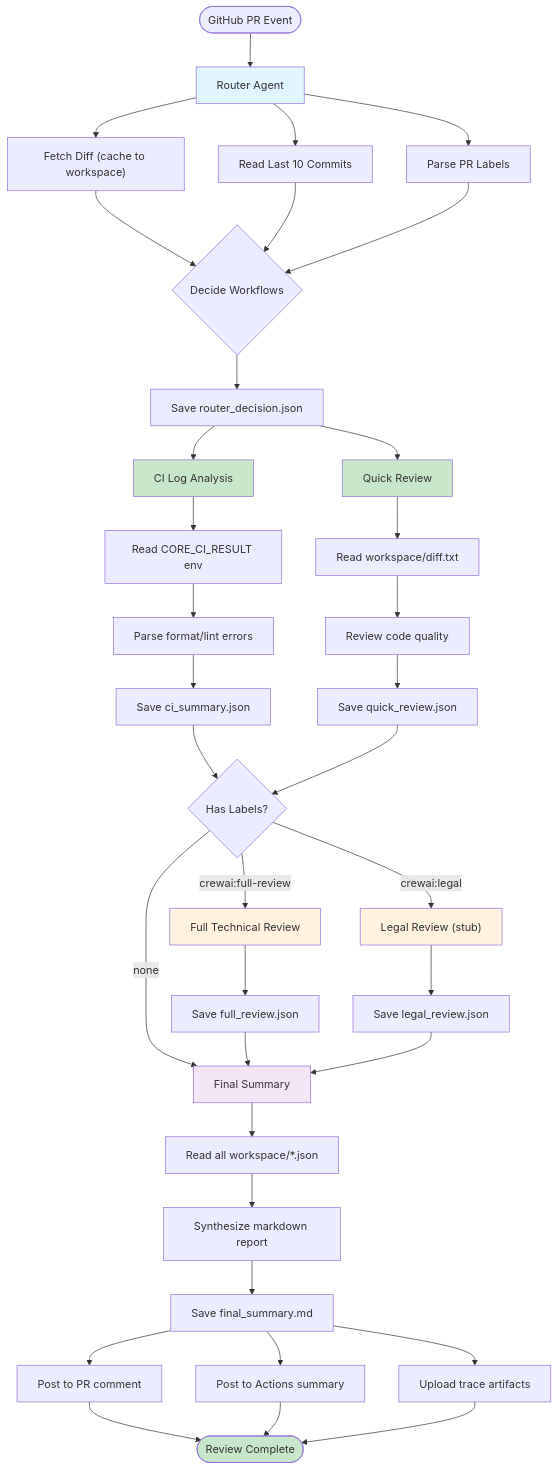
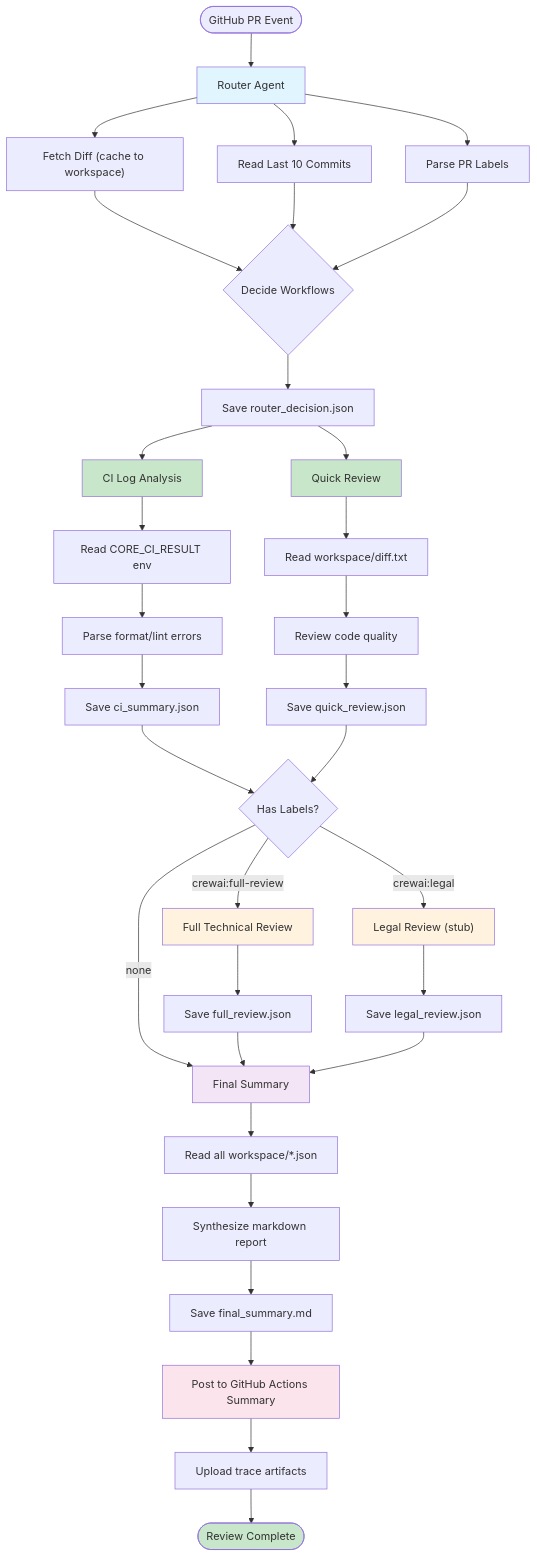
Before and after one commit to borealBytes/startup-blueprint: the second of 3 diagrams in .crewai/README_ROUTER.md, drawn with Mermaid. The commit also changed other lines of this file, not shown here.

First line of the commit message:
docs(crewai): update diagrams to show GitHub Actions summary only

````diff
--- a/.crewai/README_ROUTER.md
+++ b/.crewai/README_ROUTER.md
@@ -61,58 +62,55 @@
 ```mermaid
 flowchart TD
     Start(["GitHub PR Event"]) --> Router["Router Agent"]
-
+    
     Router --> FetchDiff["Fetch Diff (cache to workspace)"]
     Router --> ReadCommits["Read Last 10 Commits"]
     Router --> ParseLabels["Parse PR Labels"]
-
+    
     FetchDiff --> Decision{"Decide Workflows"}
     ReadCommits --> Decision
     ParseLabels --> Decision
-
+    
     Decision --> SaveDecision["Save router_decision.json"]
-
+    
     SaveDecision --> CI["CI Log Analysis"]
     SaveDecision --> Quick["Quick Review"]
-
+    
     CI --> ReadCI["Read CORE_CI_RESULT env"]
     ReadCI --> ParseErrors["Parse format/lint errors"]
     ParseErrors --> SaveCI["Save ci_summary.json"]
-
+    
     Quick --> ReadDiff["Read workspace/diff.txt"]
     ReadDiff --> ReviewCode["Review code quality"]
     ReviewCode --> SaveQuick["Save quick_review.json"]
-
+    
     SaveCI --> CheckLabels{"Has Labels?"}
     SaveQuick --> CheckLabels
-
+    
     CheckLabels -->|"crewai:full-review"| Full["Full Technical Review"]
     CheckLabels -->|"crewai:legal"| Legal["Legal Review (stub)"]
     CheckLabels -->|"none"| Summary
-
+    
     Full --> SaveFull["Save full_review.json"]
     Legal --> SaveLegal["Save legal_review.json"]
-
+    
     SaveFull --> Summary["Final Summary"]
     SaveLegal --> Summary
-
+    
     Summary --> ReadAll["Read all workspace/*.json"]
     ReadAll --> Synthesize["Synthesize markdown report"]
     Synthesize --> SaveMD["Save final_summary.md"]
-
-    SaveMD --> Post1["Post to PR comment"]
-    SaveMD --> Post2["Post to Actions summary"]
-    SaveMD --> Post3["Upload trace artifacts"]
-
-    Post1 --> End(["Review Complete"])
-    Post2 --> End
-    Post3 --> End
-
+    
+    SaveMD --> Post["Post to GitHub Actions Summary"]
+    Post --> Trace["Upload trace artifacts"]
+    Trace --> End(["Review Complete"])
+    
     style Router fill:#e1f5ff
     style CI fill:#c8e6c9
     style Quick fill:#c8e6c9
     style Full fill:#fff3e0
     style Legal fill:#fff3e0
     style Summary fill:#f3e5f5
+    style Post fill:#fce4ec
     style End fill:#c8e6c9
 ```
````
